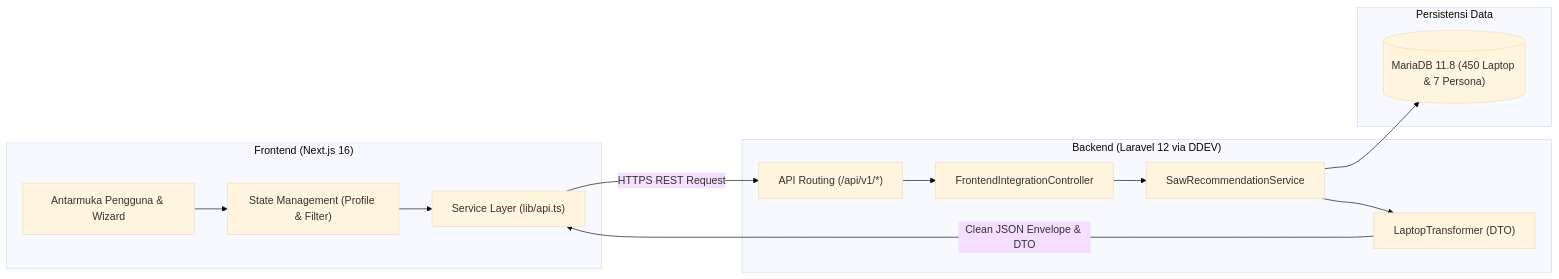
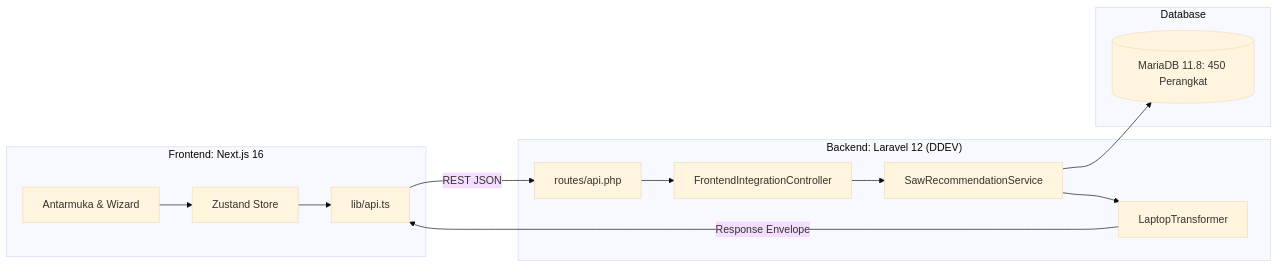
Before and after one commit to Nourivex/Speco: the diagram in README.md, drawn with Mermaid (base theme). The commit also changed other lines of this file and 1 other file, not shown here.

Commit message:
docs: perbarui AGENTS.md dengan aturan anti-slop dan sempurnakan README.md dengan studi kasus SAW

````diff
--- a/README.md
+++ b/README.md
@@ -200,27 +205,27 @@
 ```mermaid
 flowchart LR
-    subgraph Client ["Frontend (Next.js 16)"]
-        UI["Antarmuka Pengguna & Wizard"]
-        Zustand["State Management (Profile & Filter)"]
-        API_Lib["Service Layer (lib/api.ts)"]
+    subgraph Client ["Frontend: Next.js 16"]
+        UI["Antarmuka & Wizard"]
+        Store["Zustand Store"]
+        Service["lib/api.ts"]
     end
 
-    subgraph Server ["Backend (Laravel 12 via DDEV)"]
-        Router["API Routing (/api/v1/*)"]
+    subgraph Server ["Backend: Laravel 12 (DDEV)"]
+        Router["routes/api.php"]
         Controller["FrontendIntegrationController"]
-        Transformer["LaptopTransformer (DTO)"]
-        SAW_Engine["SawRecommendationService"]
+        SAW["SawRecommendationService"]
+        DTO["LaptopTransformer"]
     end
 
-    subgraph Database ["Persistensi Data"]
-        MariaDB[("MariaDB 11.8 (450 Laptop & 7 Persona)")]
+    subgraph DB ["Database"]
+        MariaDB[("MariaDB 11.8: 450 Perangkat")]
     end
 
-    UI --> Zustand --> API_Lib
-    API_Lib -- "HTTPS REST Request" --> Router
+    UI --> Store --> Service
+    Service -- "REST JSON" --> Router
     Router --> Controller
-    Controller --> SAW_Engine
-    SAW_Engine --> MariaDB
-    SAW_Engine --> Transformer
-    Transformer -- "Clean JSON Envelope & DTO" --> API_Lib
+    Controller --> SAW
+    SAW --> MariaDB
+    SAW --> DTO
+    DTO -- "Response Envelope" --> Service
 ```
````
